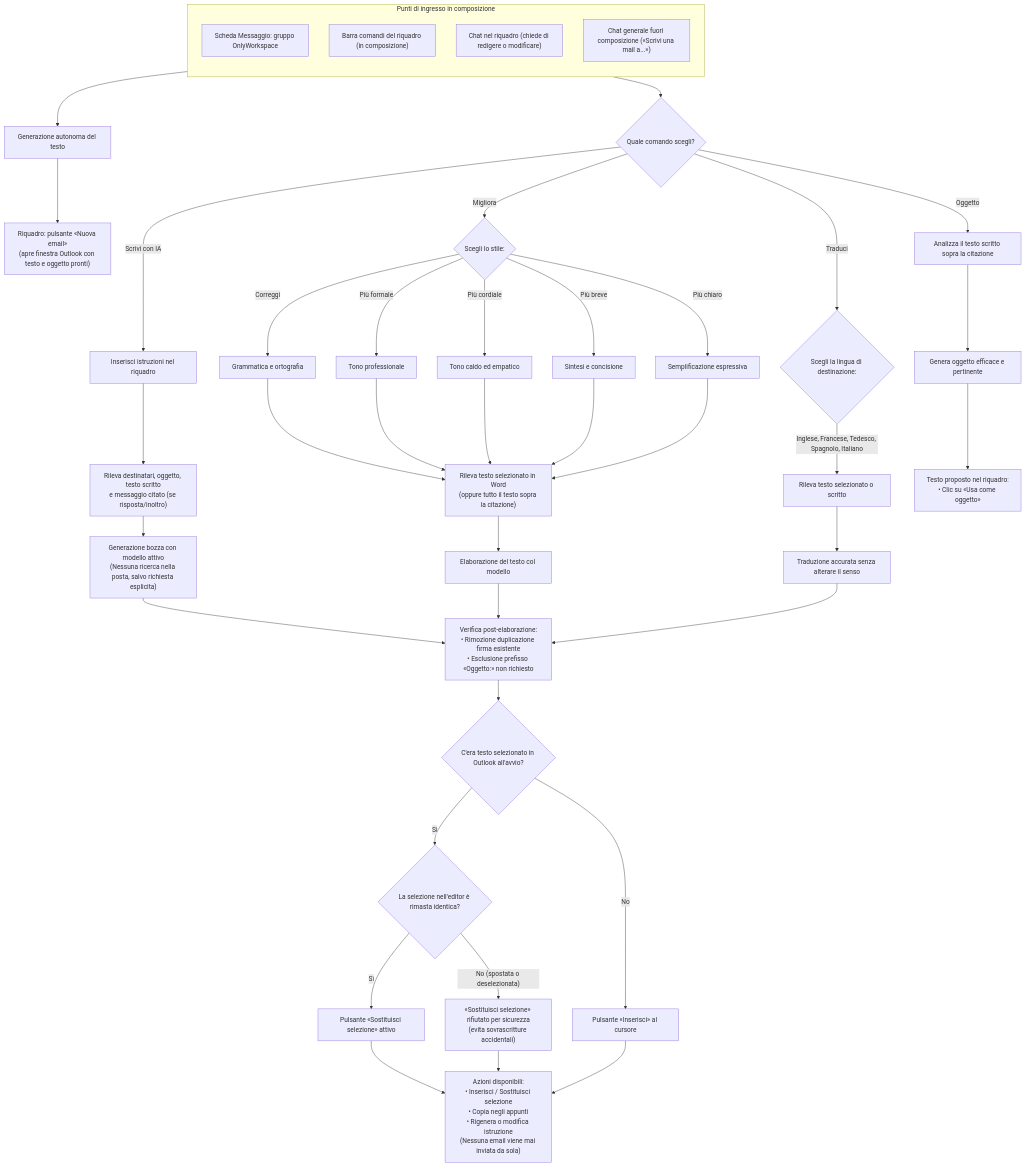
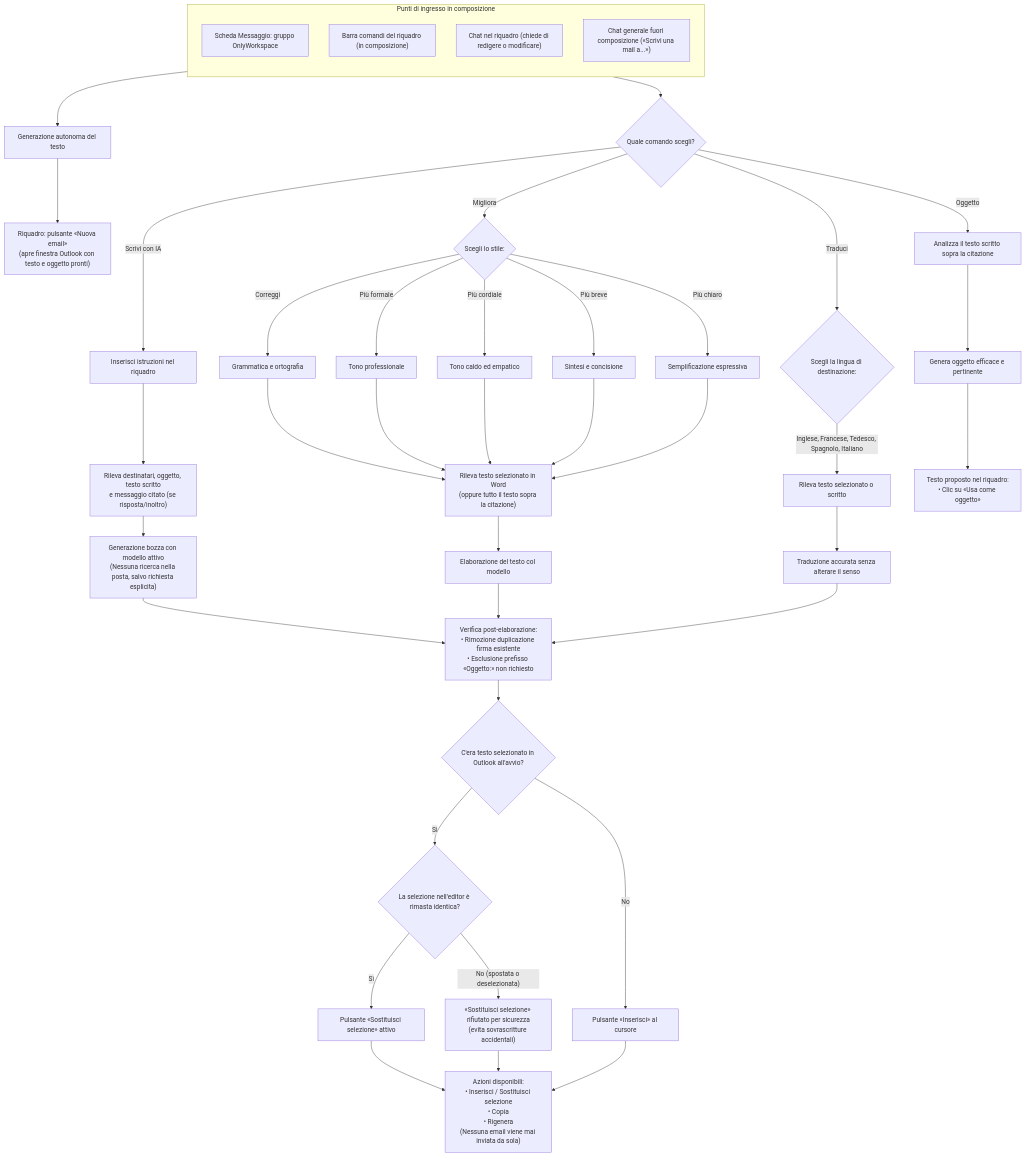
One commit to dennidalpos/OnlyWorkspace changed the second of 6 diagrams in docs/utente/guida-visiva.md. Above: the diagram before and after it, drawn with Mermaid. The commit also changed other lines of this file and 7 other files, not shown here.

````diff
--- a/docs/utente/guida-visiva.md
+++ b/docs/utente/guida-visiva.md
@@ -77,56 +77,56 @@
 ```mermaid
 flowchart TD
     subgraph INGRESSO_COMP["Punti di ingresso in composizione"]
         direction TB
         C1["Scheda Messaggio: gruppo OnlyWorkspace"]
         C2["Barra comandi del riquadro (in composizione)"]
         C3["Chat nel riquadro (chiede di redigere o modificare)"]
         C4["Chat generale fuori composizione («Scrivi una mail a...»)"]
     end
 
     INGRESSO_COMP --> CHECK_TIPO{"Quale comando scegli?"}
 
     CHECK_TIPO -->|"Scrivi con IA"| ACT_WRITE["Inserisci istruzioni nel riquadro"]
     ACT_WRITE --> PREP_WRITE["Rileva destinatari, oggetto, testo scritto<br/>e messaggio citato (se risposta/inoltro)"]
     PREP_WRITE --> CALL_WRITE["Generazione bozza con modello attivo<br/>(Nessuna ricerca nella posta, salvo richiesta esplicita)"]
 
     CHECK_TIPO -->|"Migliora"| ACT_IMP{"Scegli lo stile:"}
     ACT_IMP -->|"Correggi"| M_CORR["Grammatica e ortografia"]
     ACT_IMP -->|"Più formale"| M_FORM["Tono professionale"]
     ACT_IMP -->|"Più cordiale"| M_FRIEND["Tono caldo ed empatico"]
     ACT_IMP -->|"Più breve"| M_SHORT["Sintesi e concisione"]
     ACT_IMP -->|"Più chiaro"| M_CLEAR["Semplificazione espressiva"]
     M_CORR --> PREP_IMP["Rileva testo selezionato in Word<br/>(oppure tutto il testo sopra la citazione)"]
     M_FORM --> PREP_IMP
     M_FRIEND --> PREP_IMP
     M_SHORT --> PREP_IMP
     M_CLEAR --> PREP_IMP
     PREP_IMP --> CALL_IMP["Elaborazione del testo col modello"]
 
     CHECK_TIPO -->|"Traduci"| ACT_TRAD{"Scegli la lingua di destinazione:"}
     ACT_TRAD -->|"Inglese, Francese, Tedesco, Spagnolo, Italiano"| PREP_TRAD["Rileva testo selezionato o scritto"]
     PREP_TRAD --> CALL_TRAD["Traduzione accurata senza alterare il senso"]
 
     CHECK_TIPO -->|"Oggetto"| ACT_SUBJ["Analizza il testo scritto sopra la citazione"]
     ACT_SUBJ --> CALL_SUBJ["Genera oggetto efficace e pertinente"]
 
     CALL_WRITE --> POST_PROC["Verifica post-elaborazione:<br/>• Rimozione duplicazione firma esistente<br/>• Esclusione prefisso «Oggetto:» non richiesto"]
     CALL_IMP --> POST_PROC
     CALL_TRAD --> POST_PROC
     CALL_SUBJ --> RES_SUBJ["Testo proposto nel riquadro:<br/>• Clic su «Usa come oggetto»"]
 
     POST_PROC --> CHECK_SEL{"C'era testo selezionato in Outlook all'avvio?"}
 
     CHECK_SEL -->|"Sì"| VERIF_SEL{"La selezione nell'editor è rimasta identica?"}
     VERIF_SEL -->|"Sì"| BTN_REPLACE["Pulsante «Sostituisci selezione» attivo"]
     VERIF_SEL -->|"No (spostata o deselezionata)"| BLK_REPLACE["«Sostituisci selezione» rifiutato per sicurezza<br/>(evita sovrascritture accidentali)"]
 
     CHECK_SEL -->|"No"| BTN_INS["Pulsante «Inserisci» al cursore"]
 
-    BTN_REPLACE --> OPZ_FINALI["Azioni disponibili:<br/>• Inserisci / Sostituisci selezione<br/>• Copia negli appunti<br/>• Rigenera o modifica istruzione<br/>(Nessuna email viene mai inviata da sola)"]
+    BTN_REPLACE --> OPZ_FINALI["Azioni disponibili:<br/>• Inserisci / Sostituisci selezione<br/>• Copia<br/>• Rigenera<br/>(Nessuna email viene mai inviata da sola)"]
     BLK_REPLACE --> OPZ_FINALI
     BTN_INS --> OPZ_FINALI
 
     C4 --> CALL_EXT["Generazione autonoma del testo"]
     CALL_EXT --> RES_EXT["Riquadro: pulsante «Nuova email»<br/>(apre finestra Outlook con testo e oggetto pronti)"]
 ```
````
